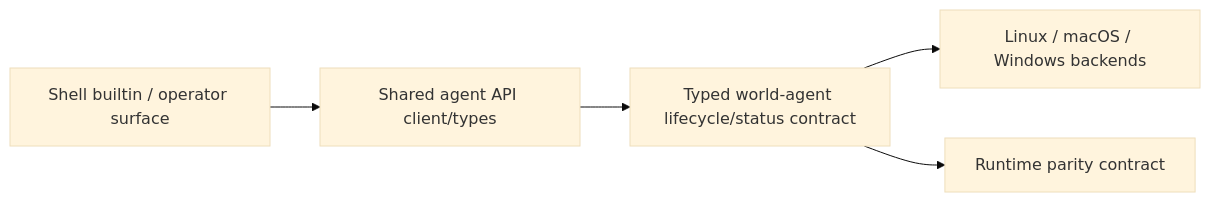
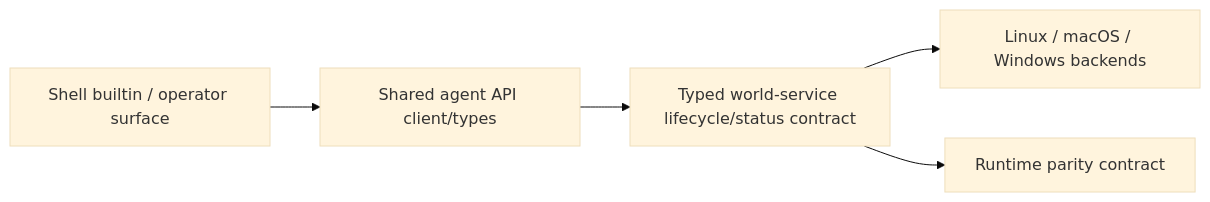
The first of 2 diagrams in docs/project_management/packs/draft/substrate-gateway-boundary-and-runtime-ownership-fse/threaded-seams/seam-3-typed-runtime-and-platform-parity/review.md (atomize-hq/substrate), drawn with Mermaid (base theme) before and after one commit. The commit also changed other lines of this file and 590 other files, not shown here.

````diff
--- a/docs/project_management/packs/draft/substrate-gateway-boundary-and-runtime-ownership-fse/threaded-seams/seam-3-typed-runtime-and-platform-parity/review.md
+++ b/docs/project_management/packs/draft/substrate-gateway-boundary-and-runtime-ownership-fse/threaded-seams/seam-3-typed-runtime-and-platform-parity/review.md
@@ -20,7 +20,7 @@
 ```mermaid
 flowchart LR
   CLI["Shell builtin / operator surface"] --> CLIENT["Shared agent API client/types"]
-  CLIENT --> AGENT["Typed world-agent lifecycle/status contract"]
+  CLIENT --> AGENT["Typed world-service lifecycle/status contract"]
   AGENT --> BACKENDS["Linux / macOS / Windows backends"]
   AGENT --> C04["Runtime parity contract"]
 ```
````
